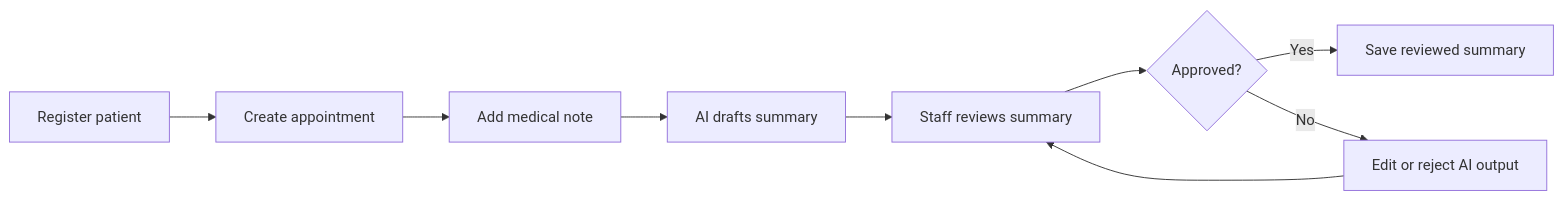
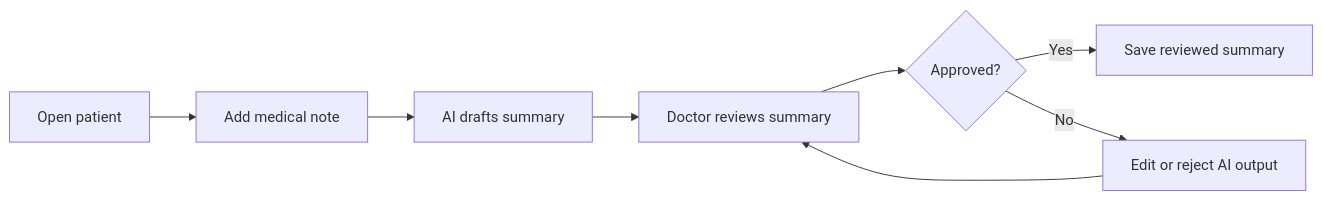
Before and after one commit to ZiadAbillama/clinic-ai-copilot: the diagram in docs/Domain_Summary.md, drawn with Mermaid. The commit also changed other lines of this file and 36 other files, not shown here.

````diff
--- a/docs/Domain_Summary.md
+++ b/docs/Domain_Summary.md
@@ -18,11 +15,10 @@
 ```mermaid
 flowchart LR
-    A["Register patient"] --> B["Create appointment"]
-    B --> C["Add medical note"]
+    A["Open patient"] --> C["Add medical note"]
     C --> D["AI drafts summary"]
-    D --> E["Staff reviews summary"]
+    D --> E["Doctor reviews summary"]
     E --> F{"Approved?"}
     F -->|"Yes"| G["Save reviewed summary"]
     F -->|"No"| H["Edit or reject AI output"]
     H --> E
 ```
````
